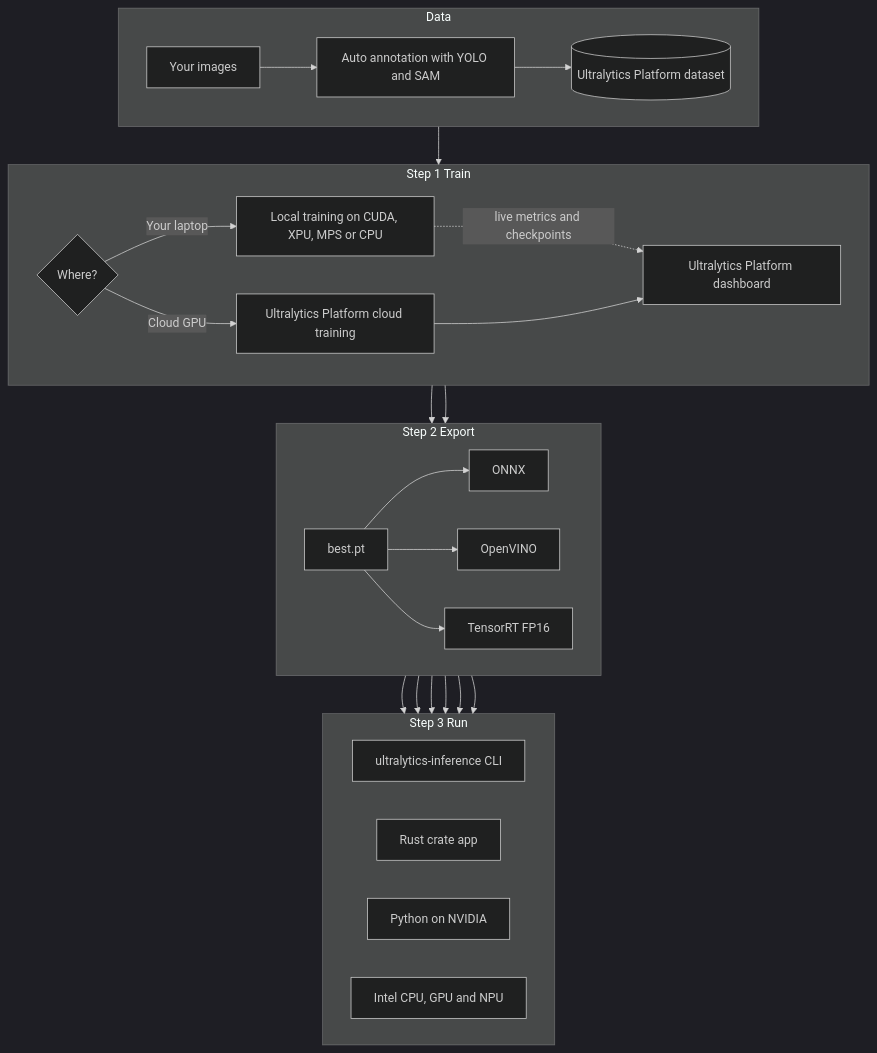
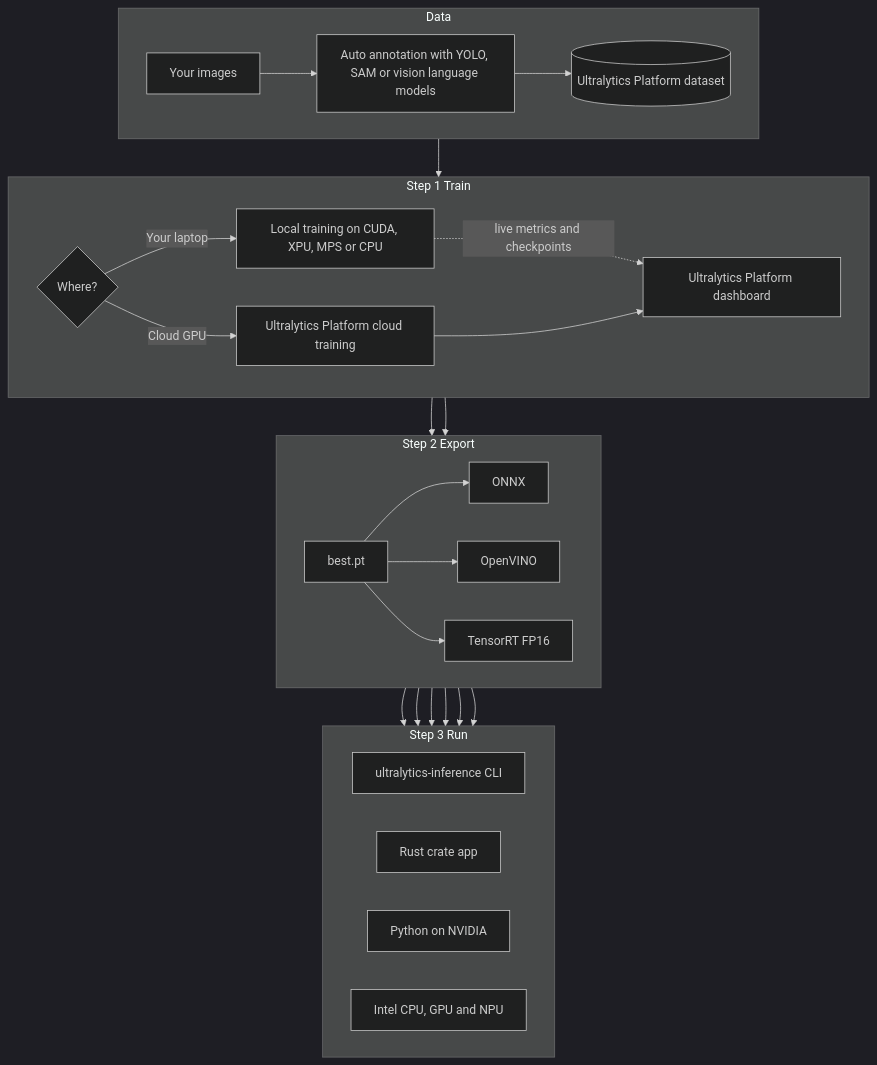
One commit to onuralpszr/gdg-samsun-etkinlik-2026-workshop changed the diagram in README.md. Above: the diagram before and after it, drawn with Mermaid (dark theme). The commit also changed other lines of this file and 4 other files, not shown here.

````diff
--- a/README.md
+++ b/README.md
@@ -46,33 +46,33 @@
 ```mermaid
 flowchart TB
     subgraph Data["Data"]
         direction LR
-        A[Your images] --> B[Auto annotation with YOLO and SAM]
+        A[Your images] --> B[Auto annotation with YOLO, SAM or vision language models]
         B --> C[(Ultralytics Platform dataset)]
     end
     subgraph Train["Step 1 Train"]
         direction LR
         C --> D{Where?}
         D -->|Cloud GPU| E[Ultralytics Platform cloud training]
         D -->|Your laptop| F[Local training on CUDA, XPU, MPS or CPU]
         F -.->|live metrics and checkpoints| G[Ultralytics Platform dashboard]
         E --> G
     end
     subgraph Export["Step 2 Export"]
         direction LR
         G --> H[best.pt]
         F --> H
         H --> I[ONNX]
         H --> J[OpenVINO]
         H --> K[TensorRT FP16]
     end
     subgraph Run["Step 3 Run"]
         direction LR
         I --> L[ultralytics-inference CLI]
         J --> L
         I --> M[Rust crate app]
         J --> M
         K --> N[Python on NVIDIA]
         J --> O[Intel CPU, GPU and NPU]
     end
 ```
````
